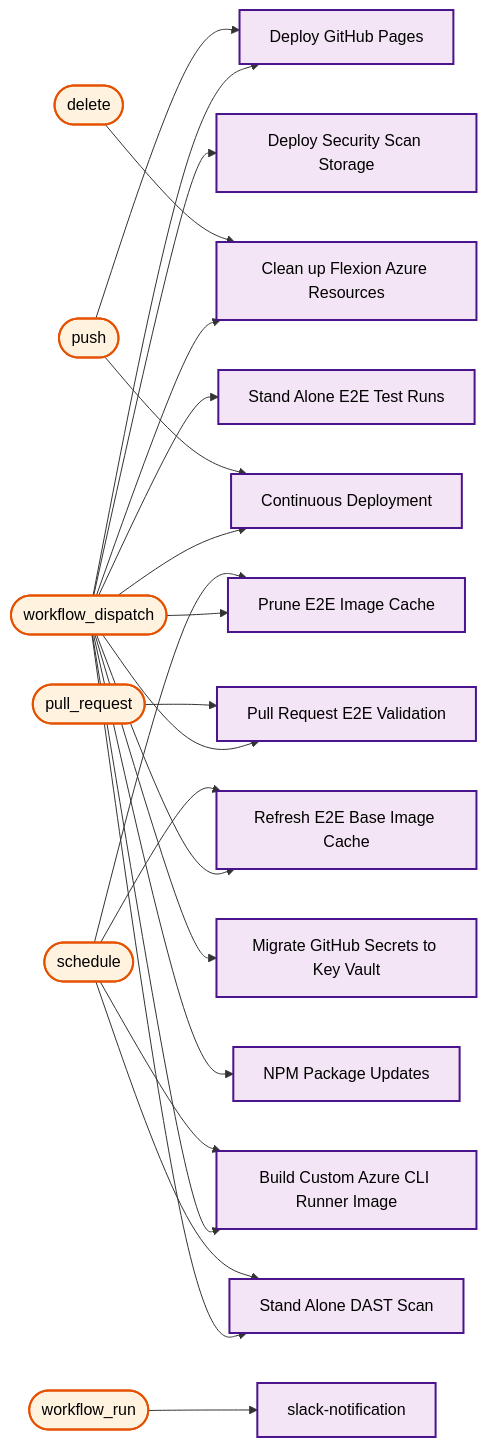
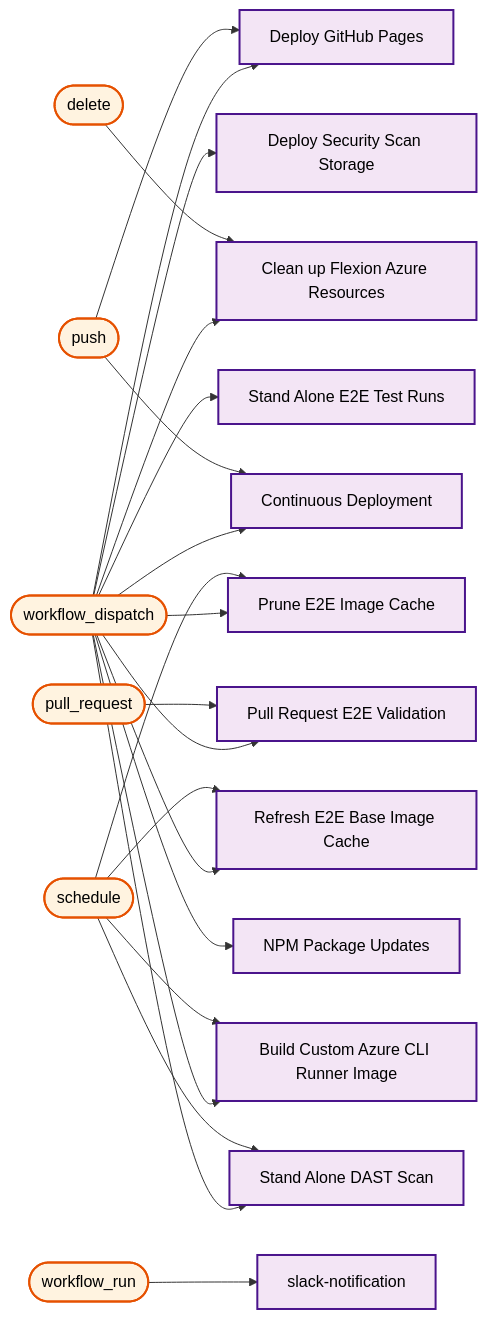
Before and after one commit to US-Trustee-Program/Bankruptcy-Oversight-Support-Systems: diagram 25 of 25 in docs/operations/workflow-diagram.md, drawn with Mermaid. The commit also changed other lines of this file and 2 other files, not shown here.

````diff
--- a/docs/operations/workflow-diagram.md
+++ b/docs/operations/workflow-diagram.md
@@ -1364,75 +1353,72 @@
 ```mermaid
 flowchart LR
     trigger_workflow_dispatch(["workflow_dispatch"])
     deploy_security_scan_storage_yml["Deploy Security Scan Storage"]
     deploy_pages_yml["Deploy GitHub Pages"]
     e2e_test_yml["Stand Alone E2E Test Runs"]
     azure_remove_branch_yml["Clean up Flexion Azure Resources"]
     prune_e2e_image_cache_yml["Prune E2E Image Cache"]
     refresh_e2e_base_images_yml["Refresh E2E Base Image Cache"]
     pr_validation_yml["Pull Request E2E Validation"]
     continuous_deployment_yml["Continuous Deployment"]
     build_azure_cli_image_yml["Build Custom Azure CLI Runner Image"]
     dast_scan_yml["Stand Alone DAST Scan"]
-    migrate_secrets_to_keyvault_yml["Migrate GitHub Secrets to Key Vault"]
     update_dependencies_yml["NPM Package Updates"]
     trigger_push(["push"])
     deploy_pages_yml["Deploy GitHub Pages"]
     continuous_deployment_yml["Continuous Deployment"]
     trigger_delete(["delete"])
     azure_remove_branch_yml["Clean up Flexion Azure Resources"]
     trigger_schedule(["schedule"])
     prune_e2e_image_cache_yml["Prune E2E Image Cache"]
     refresh_e2e_base_images_yml["Refresh E2E Base Image Cache"]
     build_azure_cli_image_yml["Build Custom Azure CLI Runner Image"]
     dast_scan_yml["Stand Alone DAST Scan"]
     trigger_pull_request(["pull_request"])
     pr_validation_yml["Pull Request E2E Validation"]
     trigger_workflow_run(["workflow_run"])
     slack_notification_yml["slack-notification"]
 
     trigger_workflow_dispatch --> deploy_security_scan_storage_yml
     trigger_workflow_dispatch --> deploy_pages_yml
     trigger_workflow_dispatch --> e2e_test_yml
     trigger_workflow_dispatch --> azure_remove_branch_yml
     trigger_workflow_dispatch --> prune_e2e_image_cache_yml
     trigger_workflow_dispatch --> refresh_e2e_base_images_yml
     trigger_workflow_dispatch --> pr_validation_yml
     trigger_workflow_dispatch --> continuous_deployment_yml
     trigger_workflow_dispatch --> build_azure_cli_image_yml
     trigger_workflow_dispatch --> dast_scan_yml
-    trigger_workflow_dispatch --> migrate_secrets_to_keyvault_yml
     trigger_workflow_dispatch --> update_dependencies_yml
     trigger_push --> deploy_pages_yml
     trigger_push --> continuous_deployment_yml
     trigger_delete --> azure_remove_branch_yml
     trigger_schedule --> prune_e2e_image_cache_yml
     trigger_schedule --> refresh_e2e_base_images_yml
     trigger_schedule --> build_azure_cli_image_yml
     trigger_schedule --> dast_scan_yml
     trigger_pull_request --> pr_validation_yml
     trigger_workflow_run --> slack_notification_yml
 
     classDef mainWorkflow fill:#f3e5f5,stroke:#4a148c,stroke-width:2px,color:#000000
     classDef trigger fill:#fff3e0,stroke:#e65100,stroke-width:2px,color:#000000
 
     class trigger_workflow_dispatch trigger
     class trigger_push trigger
     class trigger_delete trigger
     class trigger_schedule trigger
     class trigger_pull_request trigger
     class trigger_workflow_run trigger
     class deploy_security_scan_storage_yml mainWorkflow
     class deploy_pages_yml mainWorkflow
     class e2e_test_yml mainWorkflow
     class azure_remove_branch_yml mainWorkflow
     class prune_e2e_image_cache_yml mainWorkflow
     class refresh_e2e_base_images_yml mainWorkflow
     class pr_validation_yml mainWorkflow
     class continuous_deployment_yml mainWorkflow
     class build_azure_cli_image_yml mainWorkflow
     class dast_scan_yml mainWorkflow
-    class migrate_secrets_to_keyvault_yml mainWorkflow
     class update_dependencies_yml mainWorkflow
     class slack_notification_yml mainWorkflow
 ```
````
